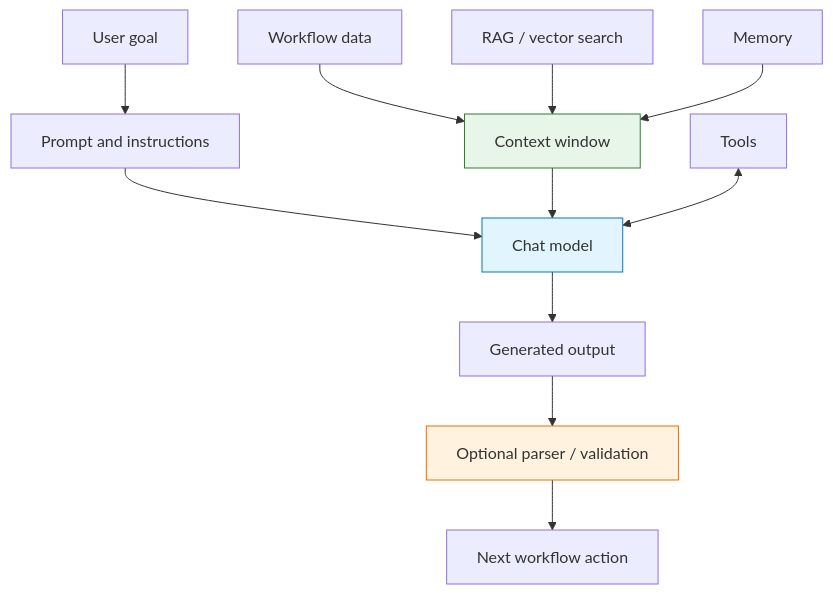
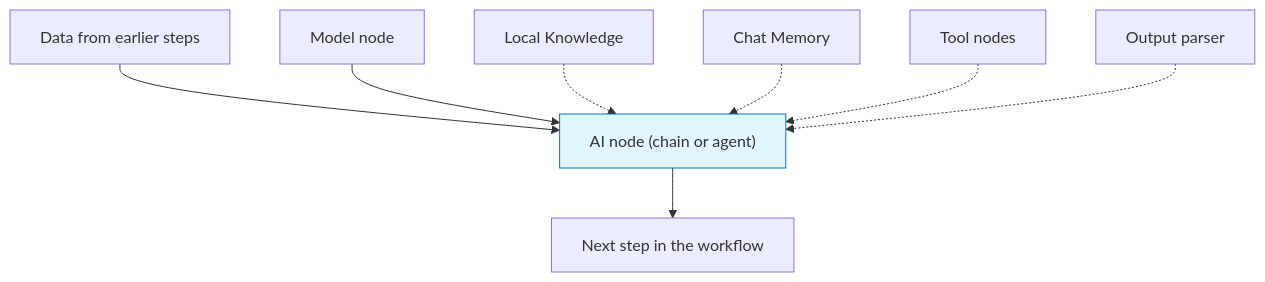
The diagram in src/content/docs/advanced-ai/concepts/index.mdx (agentic-com/Agentic-Flow-Doc), drawn with Mermaid before and after one commit. The commit also changed other lines of this file and 19 other files, not shown here.

````diff
--- a/src/content/docs/advanced-ai/concepts/index.mdx
+++ b/src/content/docs/advanced-ai/concepts/index.mdx
@@ -14,17 +12,12 @@
 ```mermaid
 flowchart TB
-  Goal["User goal"] --> Prompt["Prompt and instructions"]
-  Data["Workflow data"] --> Context["Context window"]
-  Retrieval["RAG / vector search"] --> Context
-  Memory["Memory"] --> Context
-  Prompt --> Model["Chat model"]
-  Context --> Model
-  Model --> Output["Generated output"]
-  Output --> Parser["Optional parser / validation"]
-  Parser --> Action["Next workflow action"]
-  Tools["Tools"] <--> Model
+  Data["Data from earlier steps"] --> Node["AI node (chain or agent)"]
+  Model["Model node"] --> Node
+  Knowledge["Local Knowledge"] -.-> Node
+  Memory["Chat Memory"] -.-> Node
+  Tools["Tool nodes"] -.-> Node
+  Parser["Output parser"] -.-> Node
+  Node --> Next["Next step in the workflow"]
 
-  style Model fill:#e1f5fe,stroke:#0277bd
-  style Context fill:#e8f5e9,stroke:#2e7d32
-  style Parser fill:#fff3e0,stroke:#ef6c00
+  style Node fill:#e1f5fe,stroke:#0277bd
 ```
````
